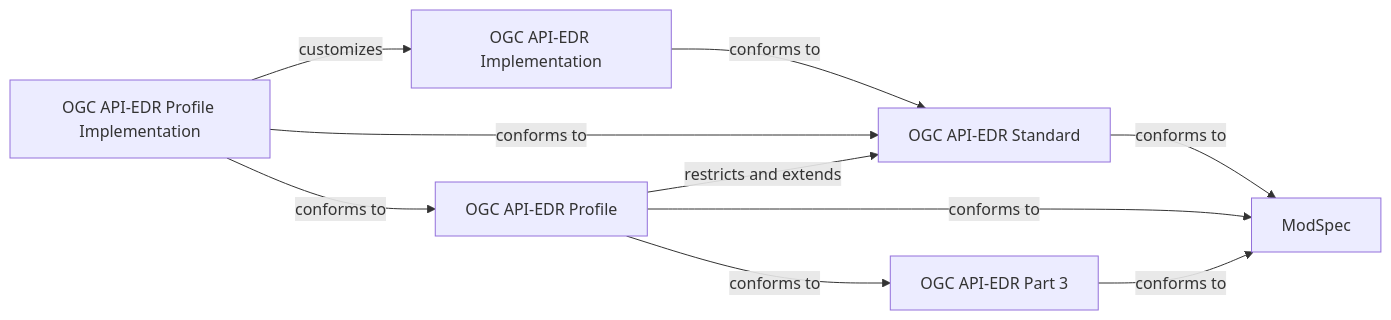
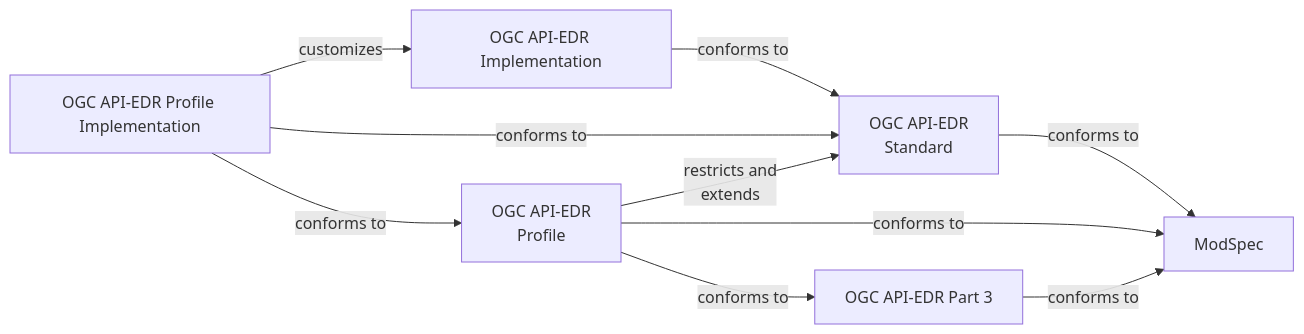
One commit to opengeospatial/ogcapi-environmental-data-retrieval changed the diagram in extensions/service_profiles/standard/figures/ContextDiagram.adoc. Above: the diagram before and after it, drawn with Mermaid.

Commit message:
Update ContextDiagram.adoc for improved readability

````diff
--- a/extensions/service_profiles/standard/figures/ContextDiagram.adoc
+++ b/extensions/service_profiles/standard/figures/ContextDiagram.adoc
@@ -2,12 +2,12 @@
 ```mermaid
 flowchart LR
-A[OGC API-EDR Profile Implementation] -->|conforms to| B[OGC API-EDR Profile]
-D[OGC API-EDR Implementation] -->|conforms to| E[OGC API-EDR Standard]
+A[OGC API-EDR Profile Implementation] -->|conforms to| B[OGC API-EDR<br> Profile]
+D[OGC API-EDR Implementation] -->|conforms to| E[OGC API-EDR<br> Standard]
 A -->|customizes| D
 A -->|conforms to| E
 B -->|conforms to| C[OGC API-EDR Part 3]
-B -->|restricts and extends| E
+B -->|restricts and<br> extends| E
 E -->|conforms to| F[ModSpec]
 B -->|conforms to| F
 C -->|conforms to| F
 ```
````
